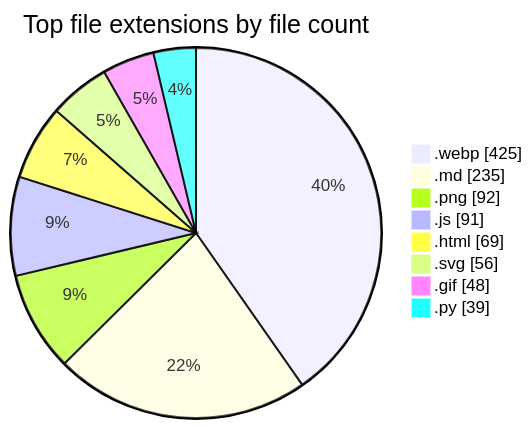
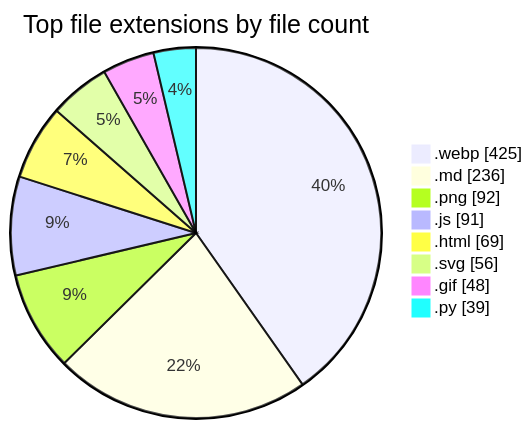
One commit to tchinso/tchinso changed the second of 2 diagrams in README.md. Above: the diagram before and after it, drawn with Mermaid. The commit also changed other lines of this file, not shown here.

````diff
--- a/README.md
+++ b/README.md
@@ -53,12 +53,12 @@
 ```mermaid
 pie showData
     title Top file extensions by file count
     ".webp" : 425
-    ".md" : 235
+    ".md" : 236
     ".png" : 92
     ".js" : 91
     ".html" : 69
     ".svg" : 56
     ".gif" : 48
     ".py" : 39
 ```
````
